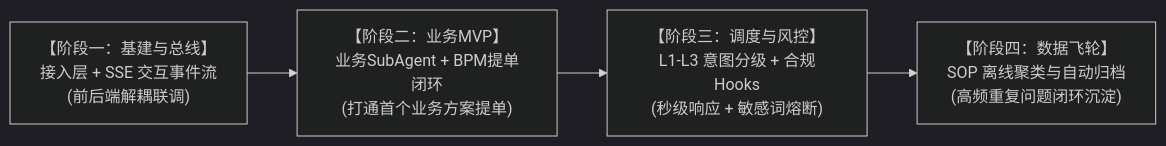
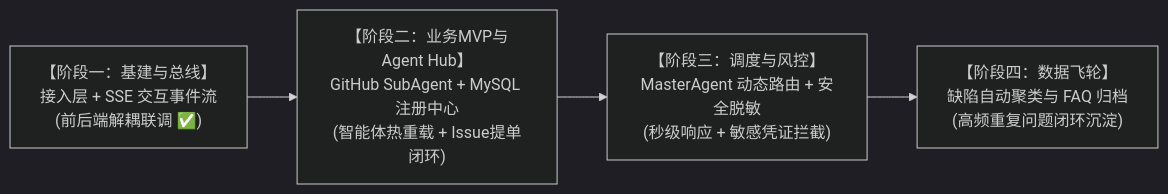
Before and after one commit to 1264585648/spring-ai-agentflow: the second of 2 diagrams in docs/01-系统架构全景与实施规划.md, drawn with Mermaid (dark theme). The commit also changed other lines of this file and 62 other files, not shown here.

Commit message:
feat: 落地多智能体注册中心(Agent Hub)、GitHub Issue协同闭环与开发者工作台换装

````diff
--- a/docs/01-系统架构全景与实施规划.md
+++ b/docs/01-系统架构全景与实施规划.md
@@ -361,7 +240,7 @@
 ```mermaid
 flowchart LR
-    Step1["【阶段一：基建与总线】<br/>接入层 + SSE 交互事件流<br/>(前后端解耦联调)"]
-    --> Step2["【阶段二：业务MVP】<br/>业务SubAgent + BPM提单闭环<br/>(打通首个业务方案提单)"]
-    --> Step3["【阶段三：调度与风控】<br/>L1-L3 意图分级 + 合规Hooks<br/>(秒级响应 + 敏感词熔断)"]
-    --> Step4["【阶段四：数据飞轮】<br/>SOP 离线聚类与自动归档<br/>(高频重复问题闭环沉淀)"]
+    Step1["【阶段一：基建与总线】<br/>接入层 + SSE 交互事件流<br/>(前后端解耦联调 ✅)"]
+    --> Step2["【阶段二：业务MVP与Agent Hub】<br/>GitHub SubAgent + MySQL 注册中心<br/>(智能体热重载 + Issue提单闭环)"]
+    --> Step3["【阶段三：调度与风控】<br/>MasterAgent 动态路由 + 安全脱敏<br/>(秒级响应 + 敏感凭证拦截)"]
+    --> Step4["【阶段四：数据飞轮】<br/>缺陷自动聚类与 FAQ 归档<br/>(高频重复问题闭环沉淀)"]
 ```
````
